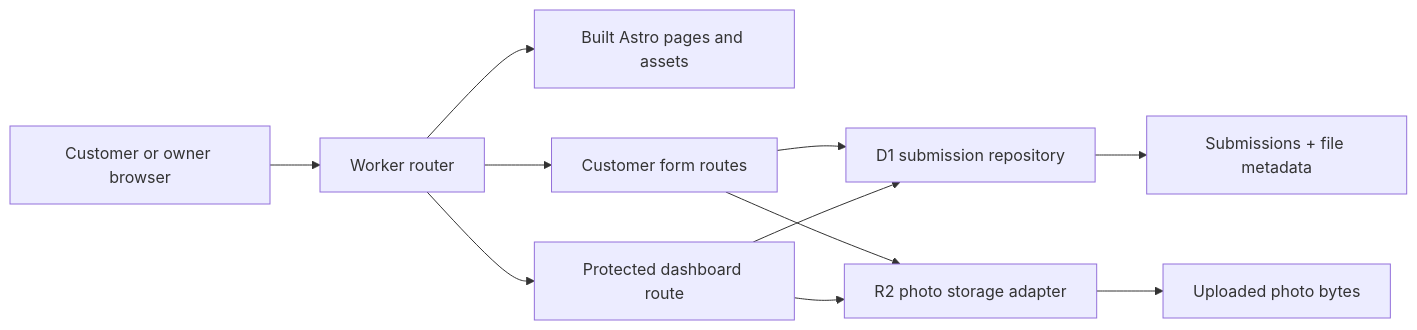
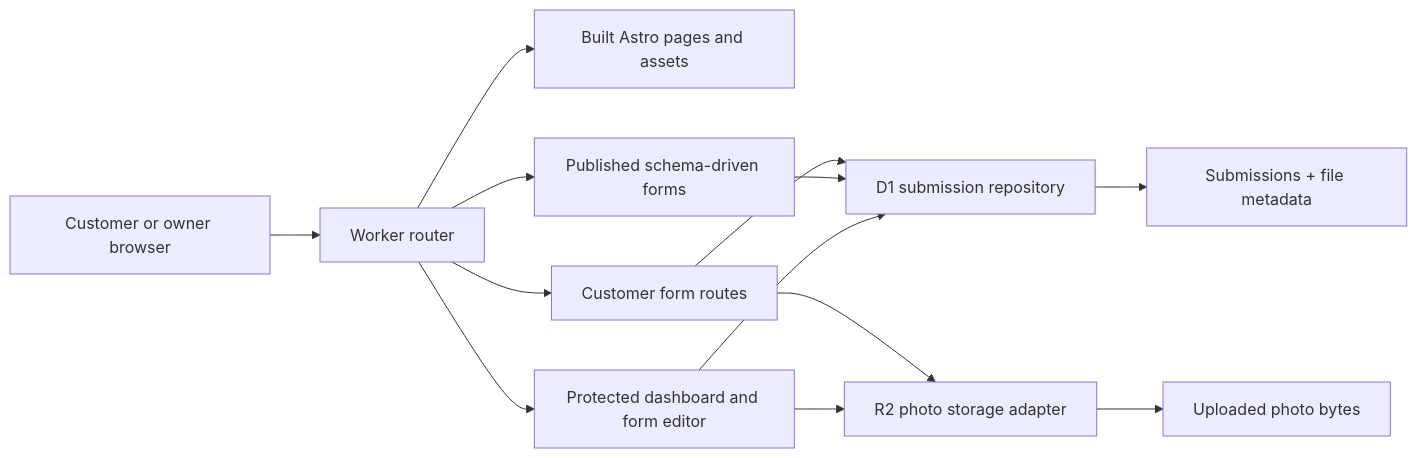
Before and after one commit to mendelhecht03/binyomin_kay_sukkas: the diagram in docs/architecture.md, drawn with Mermaid. The commit also changed other lines of this file and 20 other files, not shown here.

````diff
--- a/docs/architecture.md
+++ b/docs/architecture.md
@@ -79,17 +79,19 @@
 ```mermaid
 flowchart LR
     visitor["Customer or owner browser"] --> router["Worker router"]
 
     router --> static["Built Astro pages and assets"]
     router --> forms["Customer form routes"]
-    router --> dashboard["Protected dashboard route"]
+    router --> dashboard["Protected dashboard and form editor"]
+    router --> dynamicForms["Published schema-driven forms"]
 
     forms --> database["D1 submission repository"]
     forms --> photos["R2 photo storage adapter"]
+    dynamicForms --> database
 
     dashboard --> database
     dashboard --> photos
 
     database --> records["Submissions + file metadata"]
     photos --> objects["Uploaded photo bytes"]
 ```
````
